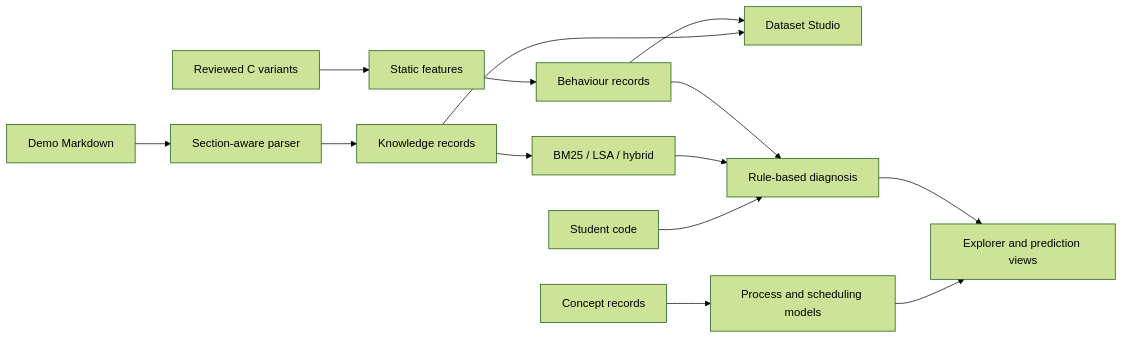
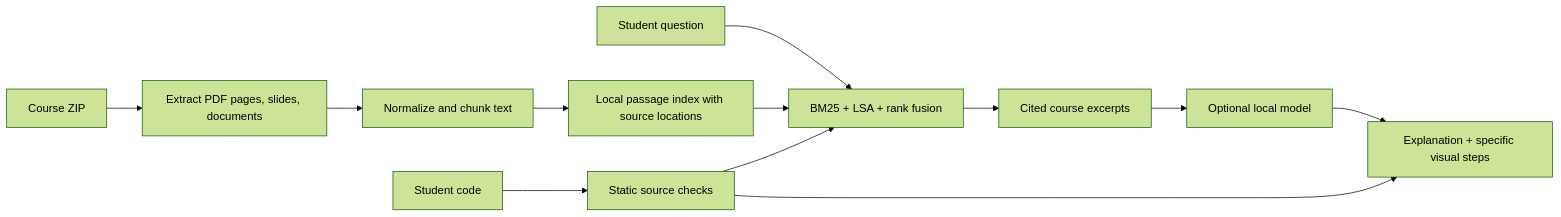
One commit to ANUJ-DESHPANDE/OSLABPROJECT changed the diagram in README.md. Above: the diagram before and after it, drawn with Mermaid (forest theme). The commit also changed other lines of this file and 20 other files, not shown here.

````diff
--- a/README.md
+++ b/README.md
@@ -50,16 +30,14 @@
 ```mermaid
 flowchart LR
-  A[Demo Markdown] --> B[Section-aware parser]
-  B --> C[Knowledge records]
-  C --> D[BM25 / LSA / hybrid]
-  E[Reviewed C variants] --> F[Static features]
-  F --> G[Behaviour records]
-  C --> H[Dataset Studio]
-  G --> H
-  I[Student code] --> J[Rule-based diagnosis]
-  D --> J
-  G --> J
-  K[Concept records] --> L[Process and scheduling models]
-  L --> M[Explorer and prediction views]
-  J --> M
+  ZIP[Course ZIP] --> EX[Extract PDF pages, slides, documents]
+  EX --> CH[Normalize and chunk text]
+  CH --> IDX[Local passage index with source locations]
+  Q[Student question] --> RET[BM25 + LSA + rank fusion]
+  IDX --> RET
+  RET --> SRC[Cited course excerpts]
+  SRC --> LLM[Optional local model]
+  LLM --> OUT[Explanation + specific visual steps]
+  CODE[Student code] --> STATIC[Static source checks]
+  STATIC --> RET
+  STATIC --> OUT
 ```
````
